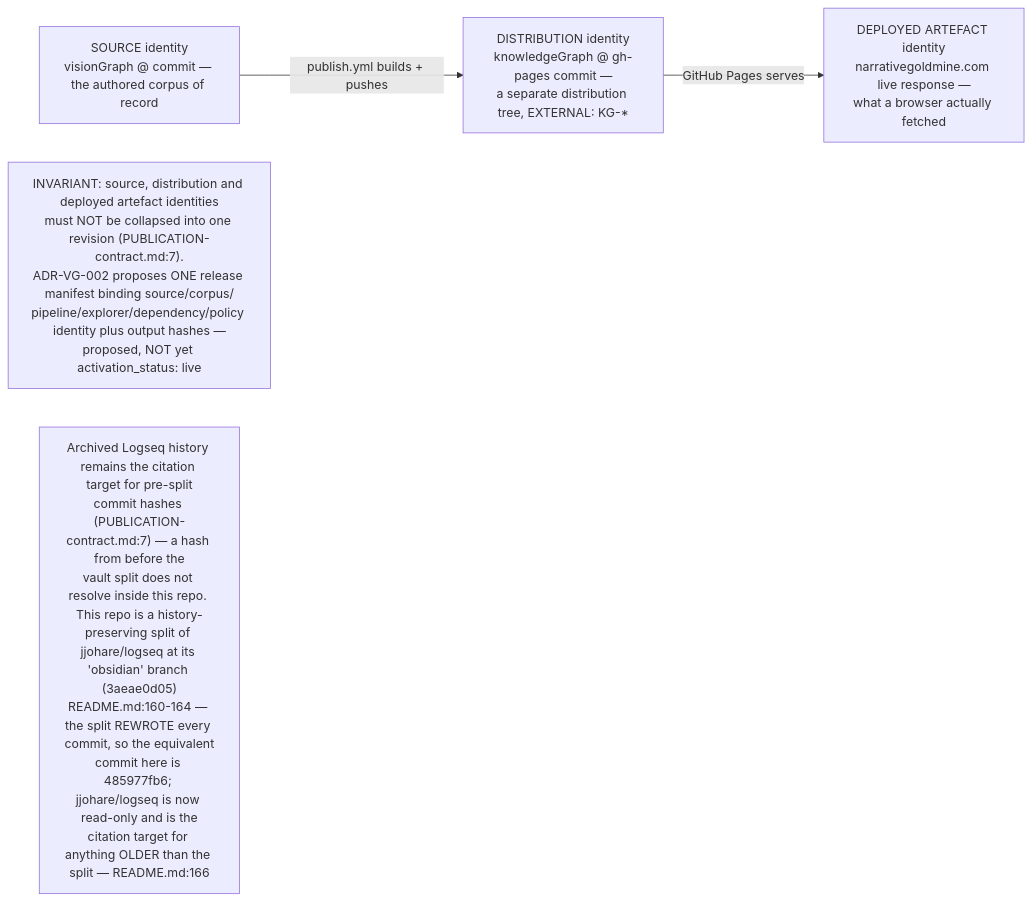
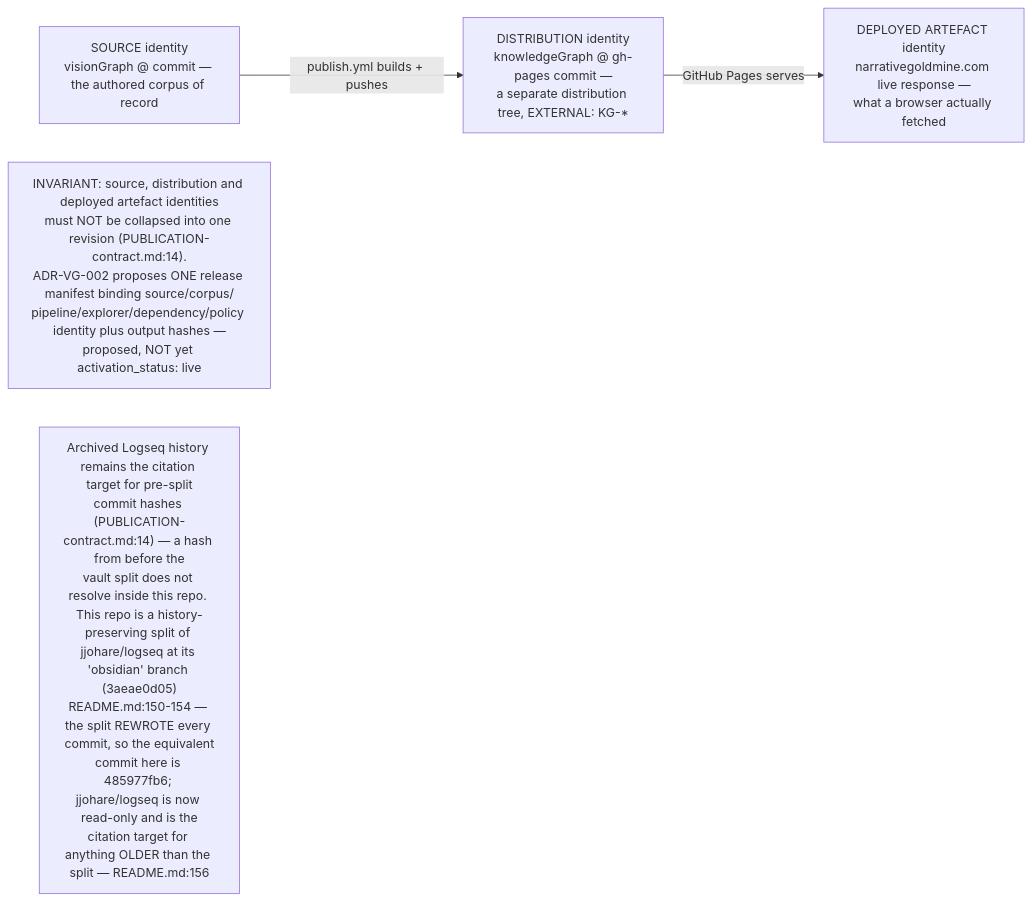
Before and after one commit to DreamLab-AI/VisionFlow: the second of 2 diagrams in docs/diagrams/visiongraph/04-downstream-contracts.md, drawn with Mermaid. The commit also changed other lines of this file and 94 other files, not shown here.

First line of the commit message:
docs(diagrams): re-verify 130 topics against 2 October HEADs

````diff
--- a/docs/diagrams/visiongraph/04-downstream-contracts.md
+++ b/docs/diagrams/visiongraph/04-downstream-contracts.md
@@ -38,10 +47,10 @@
 ```mermaid
 flowchart LR
     S["SOURCE identity<br/>visionGraph @ commit — the authored corpus of record"]
     D["DISTRIBUTION identity<br/>knowledgeGraph @ gh-pages commit —<br/>a separate distribution tree, EXTERNAL: KG-*"]
     A["DEPLOYED ARTEFACT identity<br/>narrativegoldmine.com live response —<br/>what a browser actually fetched"]
     S -->|"publish.yml builds + pushes"| D
     D -->|"GitHub Pages serves"| A
-    note1["INVARIANT: source, distribution and deployed artefact identities<br/>must NOT be collapsed into one revision #40;PUBLICATION-contract.md:7#41;.<br/>ADR-VG-002 proposes ONE release manifest binding source/corpus/<br/>pipeline/explorer/dependency/policy identity plus output hashes —<br/>proposed, NOT yet activation_status: live"]
-    note2["Archived Logseq history remains the citation target for pre-split<br/>commit hashes #40;PUBLICATION-contract.md:7#41; — a hash from before the<br/>vault split does not resolve inside this repo. This repo is a history-<br/>preserving split of jjohare/logseq at its 'obsidian' branch #40;3aeae0d05#41;<br/>README.md:160-164 — the split REWROTE every commit, so the equivalent<br/>commit here is 485977fb6; jjohare/logseq is now read-only and is the<br/>citation target for anything OLDER than the split — README.md:166"]
+    note1["INVARIANT: source, distribution and deployed artefact identities<br/>must NOT be collapsed into one revision #40;PUBLICATION-contract.md:14#41;.<br/>ADR-VG-002 proposes ONE release manifest binding source/corpus/<br/>pipeline/explorer/dependency/policy identity plus output hashes —<br/>proposed, NOT yet activation_status: live"]
+    note2["Archived Logseq history remains the citation target for pre-split<br/>commit hashes #40;PUBLICATION-contract.md:14#41; — a hash from before the<br/>vault split does not resolve inside this repo. This repo is a history-<br/>preserving split of jjohare/logseq at its 'obsidian' branch #40;3aeae0d05#41;<br/>README.md:150-154 — the split REWROTE every commit, so the equivalent<br/>commit here is 485977fb6; jjohare/logseq is now read-only and is the<br/>citation target for anything OLDER than the split — README.md:156"]
 ```
````
